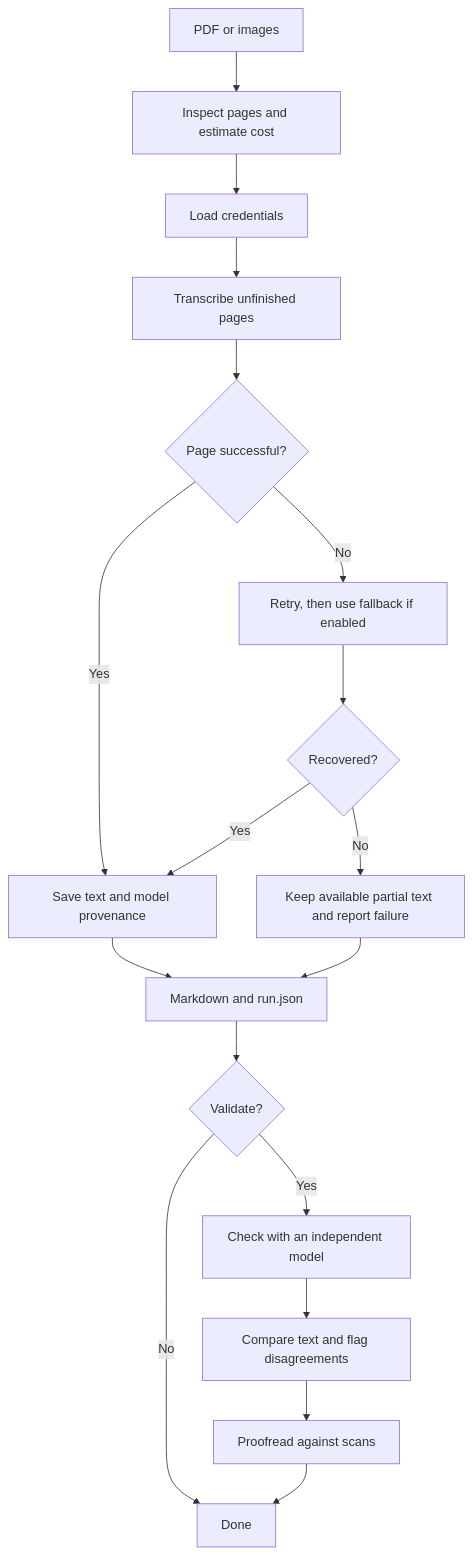
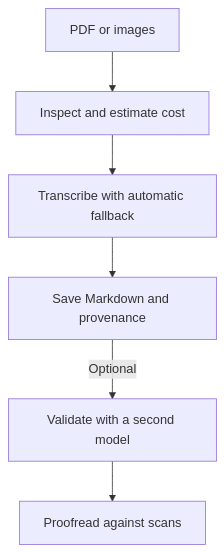
The diagram in README.md (tianyuf/transcriber), drawn with Mermaid before and after one commit.

Commit message:
Simplify README workflow chart

````diff
--- a/README.md
+++ b/README.md
@@ -9,20 +9,8 @@
 ```mermaid
 flowchart TD
-    A["PDF or images"] --> B["Inspect pages and estimate cost"]
-    B --> C["Load credentials"]
-    C --> D["Transcribe unfinished pages"]
-    D --> E{"Page successful?"}
-    E -->|Yes| H["Save text and model provenance"]
-    E -->|No| F["Retry, then use fallback if enabled"]
-    F --> G{"Recovered?"}
-    G -->|Yes| H
-    G -->|No| I["Keep available partial text and report failure"]
-    H --> J["Markdown and run.json"]
-    I --> J
-    J --> K{"Validate?"}
-    K -->|No| L["Done"]
-    K -->|Yes| M["Check with an independent model"]
-    M --> N["Compare text and flag disagreements"]
-    N --> O["Proofread against scans"]
-    O --> L
+    A["PDF or images"] --> B["Inspect and estimate cost"]
+    B --> C["Transcribe with automatic fallback"]
+    C --> D["Save Markdown and provenance"]
+    D -->|Optional| E["Validate with a second model"]
+    E --> F["Proofread against scans"]
 ```
````
